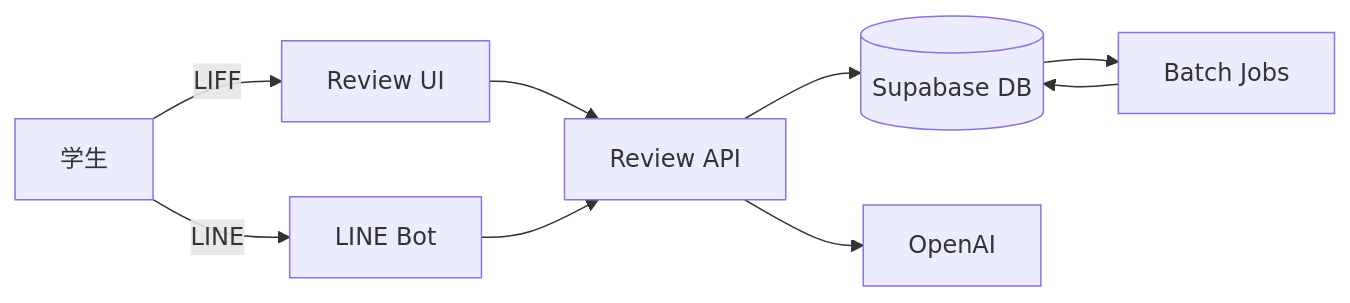
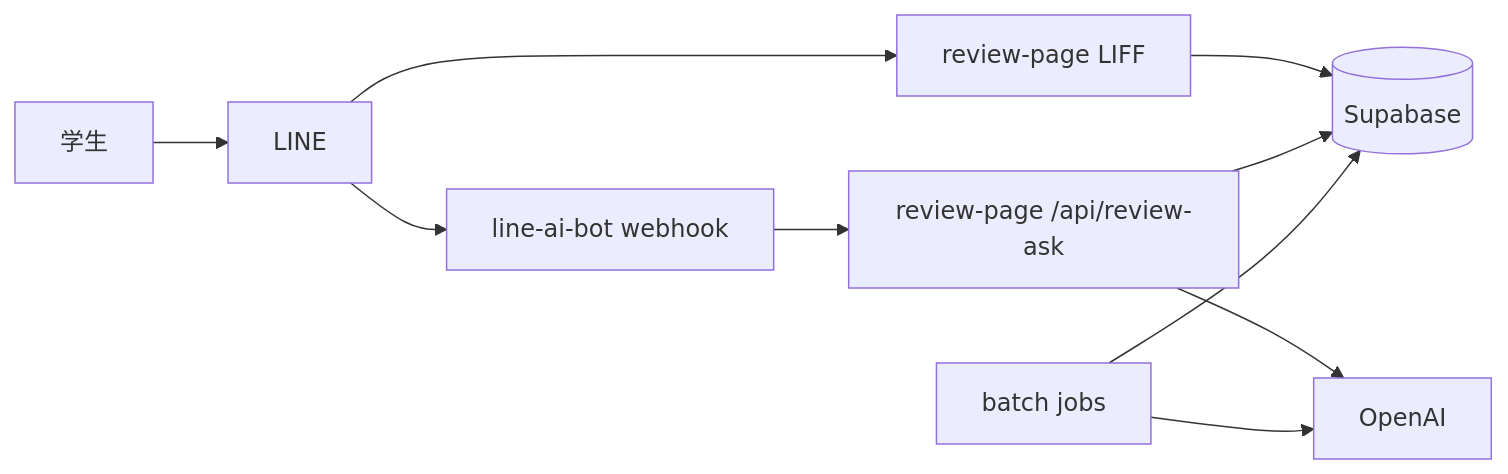
One commit to lego0509/campus-ai changed the diagram in wiki/01-概要.md. Above: the diagram before and after it, drawn with Mermaid. The commit also changed other lines of this file and 17 other files, not shown here.

````diff
--- a/wiki/01-概要.md
+++ b/wiki/01-概要.md
@@ -42,11 +34,21 @@
 ```mermaid
 flowchart LR
-  User[学生] -->|LIFF| ReviewUI[Review UI]
-  User -->|LINE| LineBot[LINE Bot]
-  ReviewUI --> ReviewAPI[Review API]
-  LineBot --> ReviewAPI
-  ReviewAPI --> Supabase[(Supabase DB)]
-  ReviewAPI --> OpenAI[OpenAI]
-  Supabase --> Batch[Batch Jobs]
-  Batch --> Supabase
+  U[学生]
+  LINE[LINE]
+  LIFF[review-page LIFF]
+  BOT[line-ai-bot webhook]
+  ASK[review-page /api/review-ask]
+  DB[(Supabase)]
+  OAI[OpenAI]
+  BATCH[batch jobs]
+
+  U --> LINE
+  LINE --> BOT
+  LINE --> LIFF
+  BOT --> ASK
+  LIFF --> DB
+  ASK --> DB
+  ASK --> OAI
+  BATCH --> DB
+  BATCH --> OAI
 ```
````
